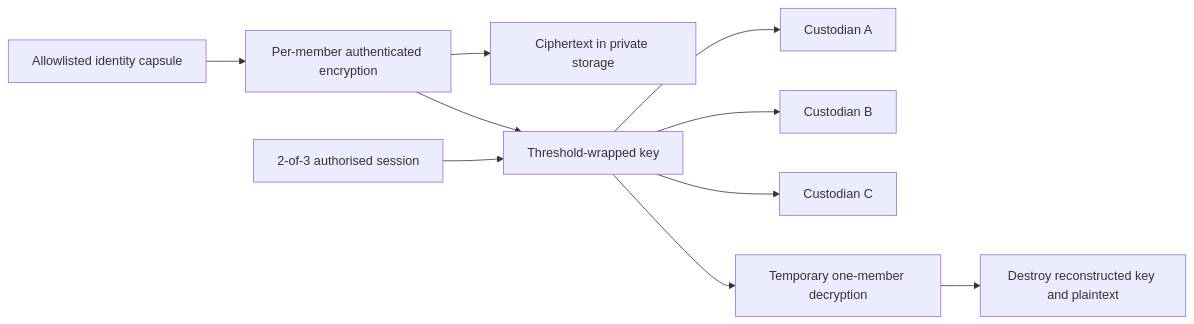
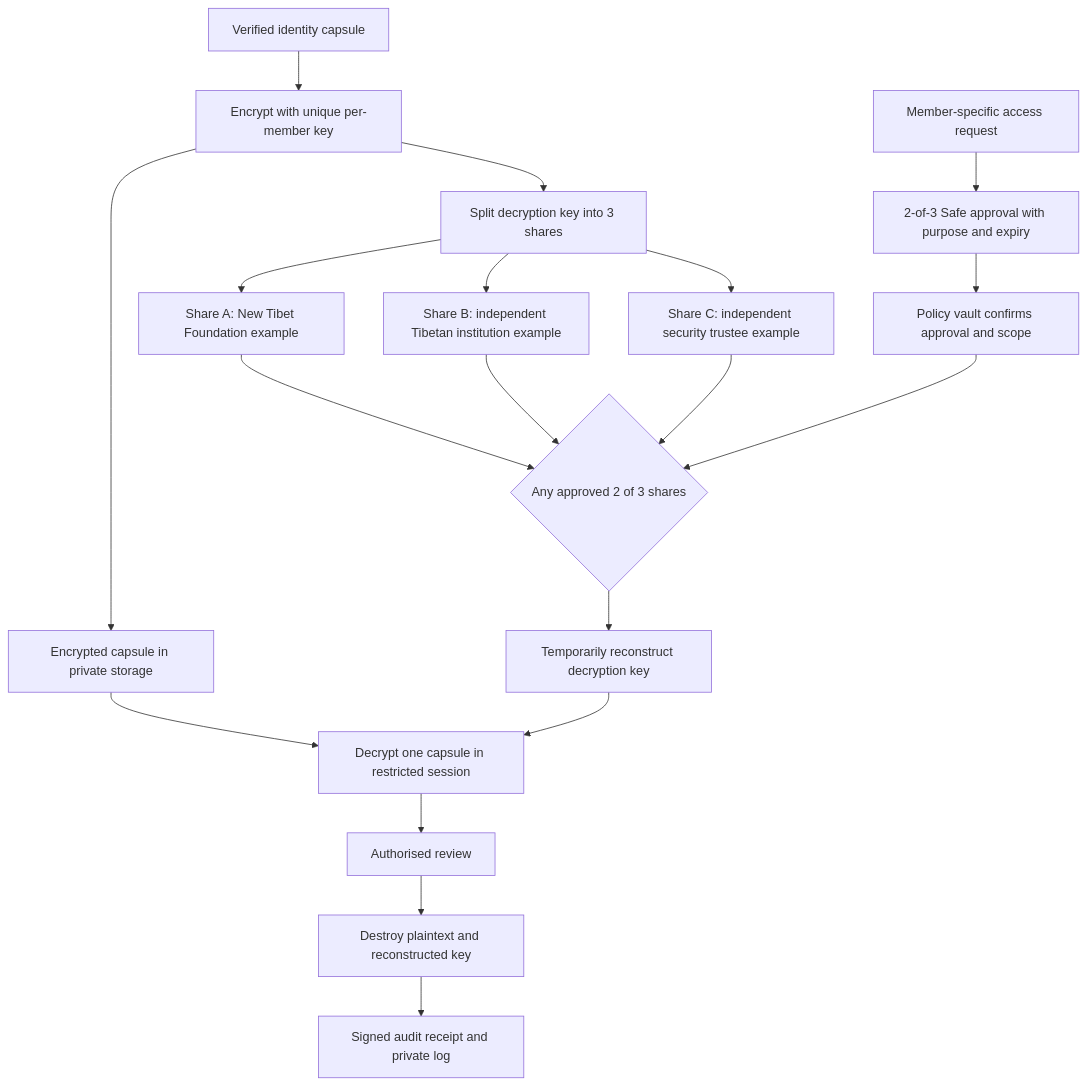
The third of 5 diagrams in README.md (AlexJupiter/tibetan-id), drawn with Mermaid before and after one commit. The commit also changed other lines of this file, not shown here.

Commit message:
Simplify membership and custody flows

````diff
--- a/README.md
+++ b/README.md
@@ -154,13 +154,23 @@
 ```mermaid
-flowchart LR
-    A[Allowlisted identity capsule] --> B[Per-member authenticated encryption]
-    B --> C[Ciphertext in private storage]
-    B --> D[Threshold-wrapped key]
-    D --> E[Custodian A]
-    D --> F[Custodian B]
-    D --> G[Custodian C]
+flowchart TD
+    A[Verified identity capsule] --> B[Encrypt with unique per-member key]
+    B --> C[Encrypted capsule in private storage]
+    B --> D[Split decryption key into 3 shares]
 
-    H[2-of-3 authorised session] --> D
-    D --> I[Temporary one-member decryption]
-    I --> J[Destroy reconstructed key and plaintext]
+    D --> E[Share A: New Tibet Foundation example]
+    D --> F[Share B: independent Tibetan institution example]
+    D --> G[Share C: independent security trustee example]
+
+    H[Member-specific access request] --> I[2-of-3 Safe approval with purpose and expiry]
+    I --> J[Policy vault confirms approval and scope]
+    E --> K{Any approved 2 of 3 shares}
+    F --> K
+    G --> K
+    J --> K
+    K --> L[Temporarily reconstruct decryption key]
+    C --> M[Decrypt one capsule in restricted session]
+    L --> M
+    M --> N[Authorised review]
+    N --> O[Destroy plaintext and reconstructed key]
+    O --> P[Signed audit receipt and private log]
 ```
````
